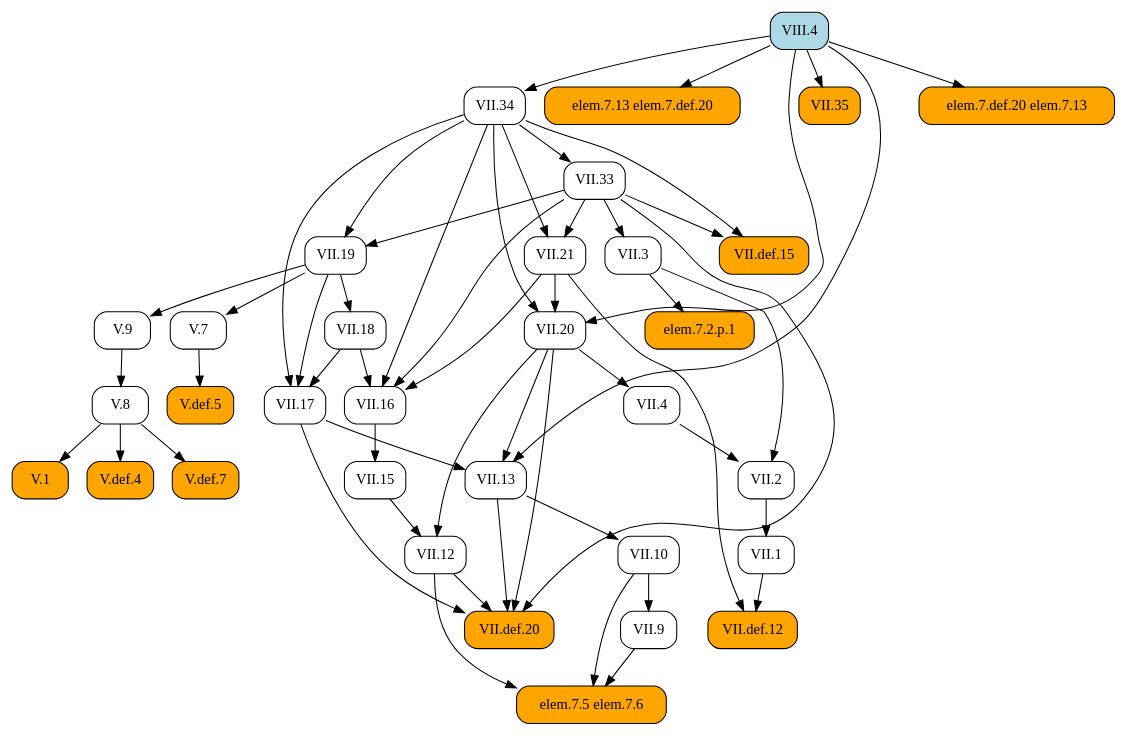
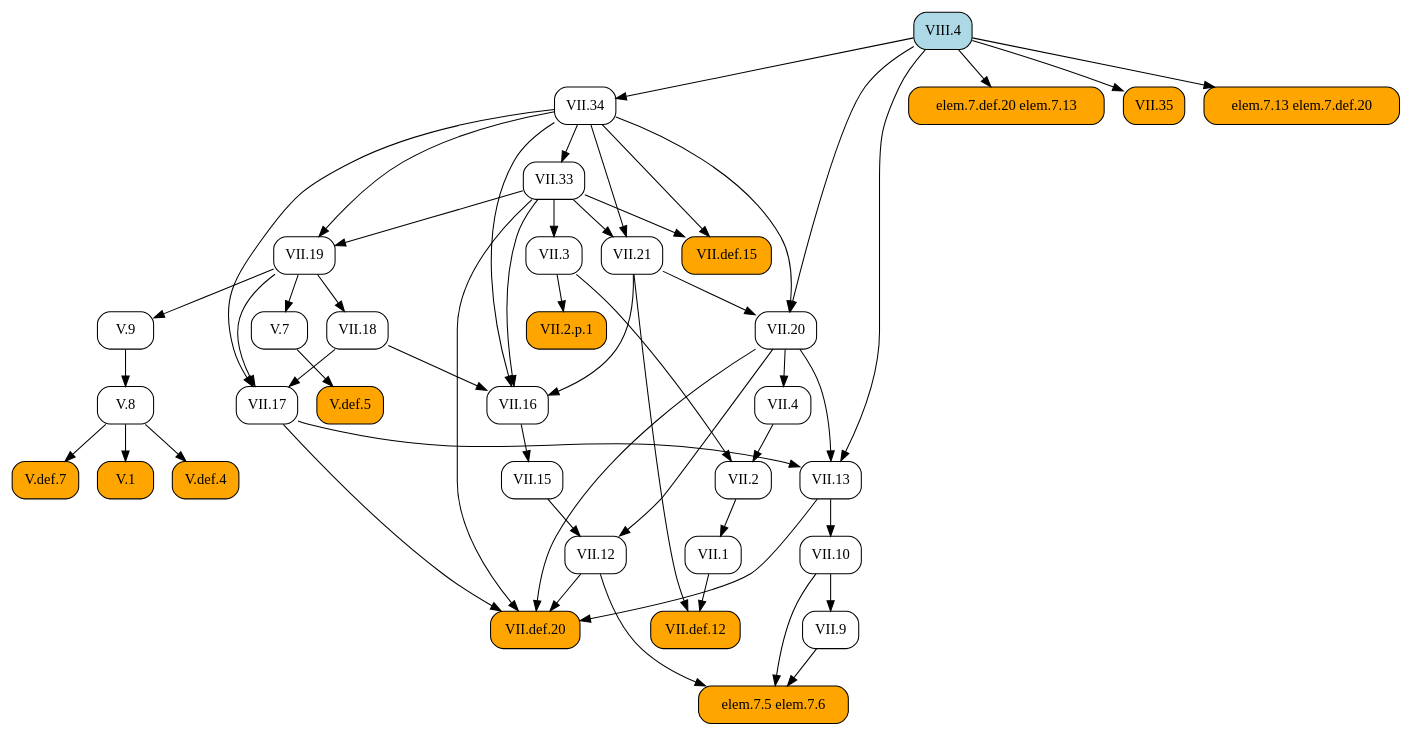
One commit to geometor/elements changed the diagram in docsrc/heath/VIII/4/index.rst. Above: the diagram before and after it, drawn with Graphviz. The commit also changed 484 other files, not shown here.

```diff
--- a/docsrc/heath/VIII/4/index.rst
+++ b/docsrc/heath/VIII/4/index.rst
@@ -106,90 +106,90 @@
    digraph {
      rankdir="TB";
      node [shape=box, style=rounded];
-     "VII.1" [URL="/heath/VII/1/", target="_top"];
+     "VII.33" [URL="/heath/VII/33/", target="_top"];
+     "VII.12" [URL="/heath/VII/12/", target="_top"];
+     "elem.7.def.20 elem.7.13" [style="rounded,filled", fillcolor=orange];
+     "elem.7.5 elem.7.6" [style="rounded,filled", fillcolor=orange];
      "VII.9" [URL="/heath/VII/9/", target="_top"];
-     "V.def.5" [style="rounded,filled", fillcolor=orange, URL="/heath/V/def.5/", target="_top"];
-     "VII.17" [URL="/heath/VII/17/", target="_top"];
-     "VII.3" [URL="/heath/VII/3/", target="_top"];
-     "elem.7.5 elem.7.6" [style="rounded,filled", fillcolor=orange];
-     "V.7" [URL="/heath/V/7/", target="_top"];
-     "V.9" [URL="/heath/V/9/", target="_top"];
-     "VII.13" [URL="/heath/VII/13/", target="_top"];
-     "VII.2" [URL="/heath/VII/2/", target="_top"];
-     "VII.12" [URL="/heath/VII/12/", target="_top"];
-     "elem.7.13 elem.7.def.20" [style="rounded,filled", fillcolor=orange];
-     "VII.def.12" [style="rounded,filled", fillcolor=orange, URL="/heath/VII/def.12/", target="_top"];
-     "V.8" [URL="/heath/V/8/", target="_top"];
-     "VII.33" [URL="/heath/VII/33/", target="_top"];
-     "elem.7.2.p.1" [style="rounded,filled", fillcolor=orange];
-     "VII.10" [URL="/heath/VII/10/", target="_top"];
-     "VII.def.15" [style="rounded,filled", fillcolor=orange, URL="/heath/VII/def.15/", target="_top"];
-     "VII.19" [URL="/heath/VII/19/", target="_top"];
+     "VII.34" [URL="/heath/VII/34/", target="_top"];
      "VII.18" [URL="/heath/VII/18/", target="_top"];
      "VII.16" [URL="/heath/VII/16/", target="_top"];
-     "VII.4" [URL="/heath/VII/4/", target="_top"];
-     "VII.21" [URL="/heath/VII/21/", target="_top"];
-     "V.1" [style="rounded,filled", fillcolor=orange, URL="/heath/V/1/", target="_top"];
+     "V.7" [URL="/heath/V/7/", target="_top"];
+     "V.def.5" [style="rounded,filled", fillcolor=orange, URL="/heath/V/def.5/", target="_top"];
+     "V.9" [URL="/heath/V/9/", target="_top"];
+     "VII.10" [URL="/heath/VII/10/", target="_top"];
+     "VII.13" [URL="/heath/VII/13/", target="_top"];
      "VIII.4" [style="rounded,filled", fillcolor=lightblue, URL="/heath/VIII/4/", target="_top"];
-     "VII.20" [URL="/heath/VII/20/", target="_top"];
+     "VII.def.15" [style="rounded,filled", fillcolor=orange, URL="/heath/VII/def.15/", target="_top"];
      "VII.35" [style="rounded,filled", fillcolor=orange, URL="/heath/VII/35/", target="_top"];
-     "VII.34" [URL="/heath/VII/34/", target="_top"];
+     "VII.17" [URL="/heath/VII/17/", target="_top"];
+     "VII.19" [URL="/heath/VII/19/", target="_top"];
+     "VII.2" [URL="/heath/VII/2/", target="_top"];
+     "VII.def.20" [style="rounded,filled", fillcolor=orange, URL="/heath/VII/def.20/", target="_top"];
+     "VII.2.p.1" [style="rounded,filled", fillcolor=orange];
+     "VII.15" [URL="/heath/VII/15/", target="_top"];
      "V.def.4" [style="rounded,filled", fillcolor=orange, URL="/heath/V/def.4/", target="_top"];
      "V.def.7" [style="rounded,filled", fillcolor=orange, URL="/heath/V/def.7/", target="_top"];
-     "VII.15" [URL="/heath/VII/15/", target="_top"];
-     "VII.def.20" [style="rounded,filled", fillcolor=orange, URL="/heath/VII/def.20/", target="_top"];
-     "elem.7.def.20 elem.7.13" [style="rounded,filled", fillcolor=orange];
-     "VII.2" -> "VII.1";
-     "VII.10" -> "VII.9";
-     "V.7" -> "V.def.5";
-     "VII.18" -> "VII.17";
-     "VII.19" -> "VII.17";
-     "VII.34" -> "VII.17";
-     "VII.33" -> "VII.3";
+     "VII.21" [URL="/heath/VII/21/", target="_top"];
+     "VII.1" [URL="/heath/VII/1/", target="_top"];
+     "V.8" [URL="/heath/V/8/", target="_top"];
+     "VII.4" [URL="/heath/VII/4/", target="_top"];
+     "VII.def.12" [style="rounded,filled", fillcolor=orange, URL="/heath/VII/def.12/", target="_top"];
+     "V.1" [style="rounded,filled", fillcolor=orange, URL="/heath/V/1/", target="_top"];
+     "elem.7.13 elem.7.def.20" [style="rounded,filled", fillcolor=orange];
+     "VII.3" [URL="/heath/VII/3/", target="_top"];
+     "VII.20" [URL="/heath/VII/20/", target="_top"];
+     "VII.34" -> "VII.33";
+     "VII.15" -> "VII.12";
+     "VII.20" -> "VII.12";
+     "VIII.4" -> "elem.7.def.20 elem.7.13";
      "VII.9" -> "elem.7.5 elem.7.6";
      "VII.10" -> "elem.7.5 elem.7.6";
      "VII.12" -> "elem.7.5 elem.7.6";
-     "VII.19" -> "V.7";
-     "VII.19" -> "V.9";
-     "VII.17" -> "VII.13";
-     "VII.20" -> "VII.13";
-     "VIII.4" -> "VII.13";
-     "VII.3" -> "VII.2";
-     "VII.4" -> "VII.2";
-     "VII.15" -> "VII.12";
-     "VII.20" -> "VII.12";
-     "VIII.4" -> "elem.7.13 elem.7.def.20";
-     "VII.1" -> "VII.def.12";
-     "VII.21" -> "VII.def.12";
-     "V.9" -> "V.8";
-     "VII.34" -> "VII.33";
-     "VII.3" -> "elem.7.2.p.1";
-     "VII.13" -> "VII.10";
-     "VII.33" -> "VII.def.15";
-     "VII.34" -> "VII.def.15";
-     "VII.33" -> "VII.19";
-     "VII.34" -> "VII.19";
+     "VII.10" -> "VII.9";
+     "VIII.4" -> "VII.34";
      "VII.19" -> "VII.18";
      "VII.18" -> "VII.16";
      "VII.21" -> "VII.16";
      "VII.33" -> "VII.16";
      "VII.34" -> "VII.16";
-     "VII.20" -> "VII.4";
-     "VII.33" -> "VII.21";
-     "VII.34" -> "VII.21";
-     "V.8" -> "V.1";
-     "VII.21" -> "VII.20";
-     "VII.34" -> "VII.20";
-     "VIII.4" -> "VII.20";
+     "VII.19" -> "V.7";
+     "V.7" -> "V.def.5";
+     "VII.19" -> "V.9";
+     "VII.13" -> "VII.10";
+     "VII.17" -> "VII.13";
+     "VII.20" -> "VII.13";
+     "VIII.4" -> "VII.13";
+     "VII.33" -> "VII.def.15";
+     "VII.34" -> "VII.def.15";
      "VIII.4" -> "VII.35";
-     "VIII.4" -> "VII.34";
-     "V.8" -> "V.def.4";
-     "V.8" -> "V.def.7";
-     "VII.16" -> "VII.15";
+     "VII.18" -> "VII.17";
+     "VII.19" -> "VII.17";
+     "VII.34" -> "VII.17";
+     "VII.33" -> "VII.19";
+     "VII.34" -> "VII.19";
+     "VII.3" -> "VII.2";
+     "VII.4" -> "VII.2";
      "VII.12" -> "VII.def.20";
      "VII.13" -> "VII.def.20";
      "VII.17" -> "VII.def.20";
      "VII.20" -> "VII.def.20";
      "VII.33" -> "VII.def.20";
-     "VIII.4" -> "elem.7.def.20 elem.7.13";
+     "VII.3" -> "VII.2.p.1";
+     "VII.16" -> "VII.15";
+     "V.8" -> "V.def.4";
+     "V.8" -> "V.def.7";
+     "VII.33" -> "VII.21";
+     "VII.34" -> "VII.21";
+     "VII.2" -> "VII.1";
+     "V.9" -> "V.8";
+     "VII.20" -> "VII.4";
+     "VII.1" -> "VII.def.12";
+     "VII.21" -> "VII.def.12";
+     "V.8" -> "V.1";
+     "VIII.4" -> "elem.7.13 elem.7.def.20";
+     "VII.33" -> "VII.3";
+     "VII.21" -> "VII.20";
+     "VII.34" -> "VII.20";
+     "VIII.4" -> "VII.20";
    }
```
